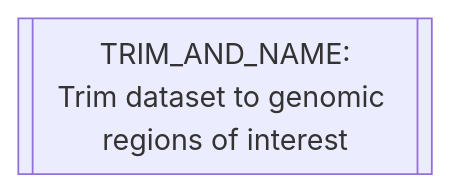
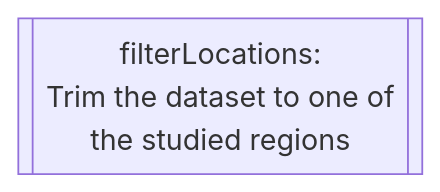
Before and after one commit to Tuks-ICMM/Pharmacogenetic-Analysis-Pipeline: diagram 19 of 26 in docs/02-workflow/02-analysis.md, drawn with Mermaid. The commit also changed other lines of this file, not shown here.

````diff
--- a/docs/02-workflow/02-analysis.md
+++ b/docs/02-workflow/02-analysis.md
@@ -136,4 +376,4 @@
-```mermaid
-flowchart TD
-TRIM_AND_NAME[[TRIM_AND_NAME:\nTrim dataset to genomic regions of interest]]
-```
+  ```mermaid
+  flowchart TD
+  filterLocations[[filterLocations:\nTrim the dataset to one of\nthe studied regions]]
+  ```
````
